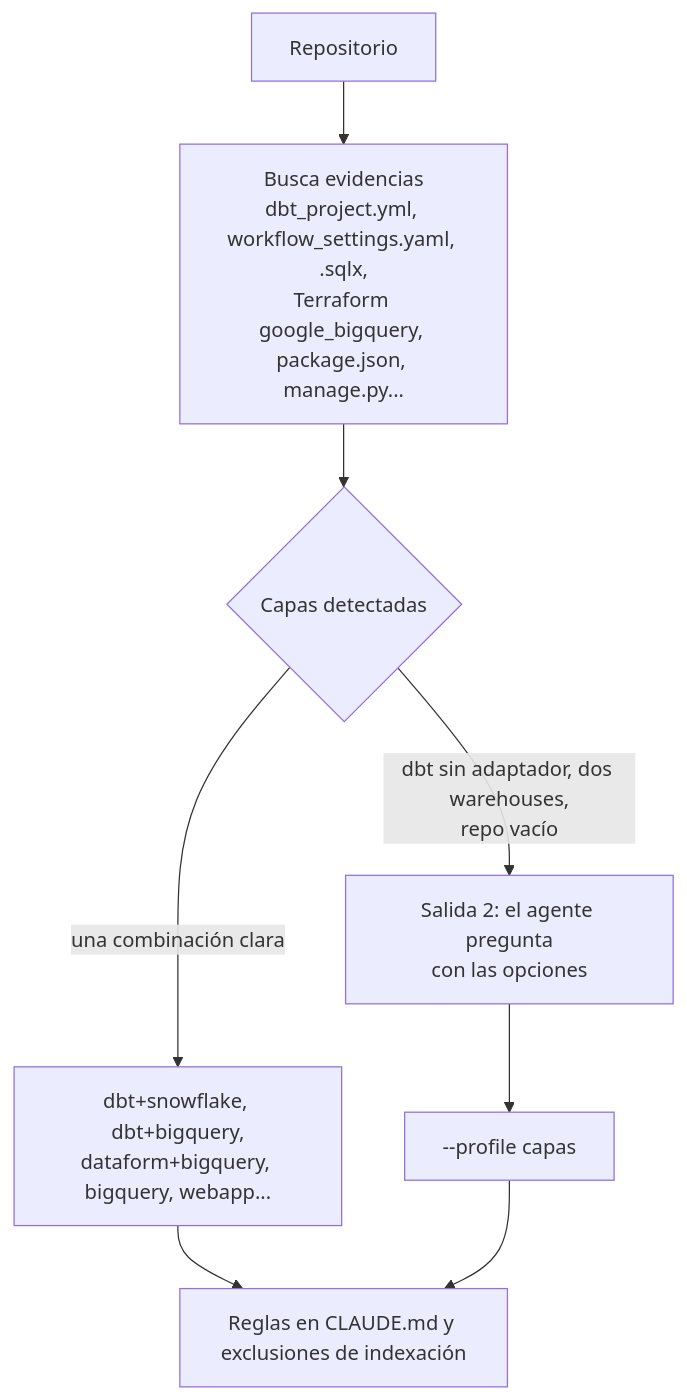
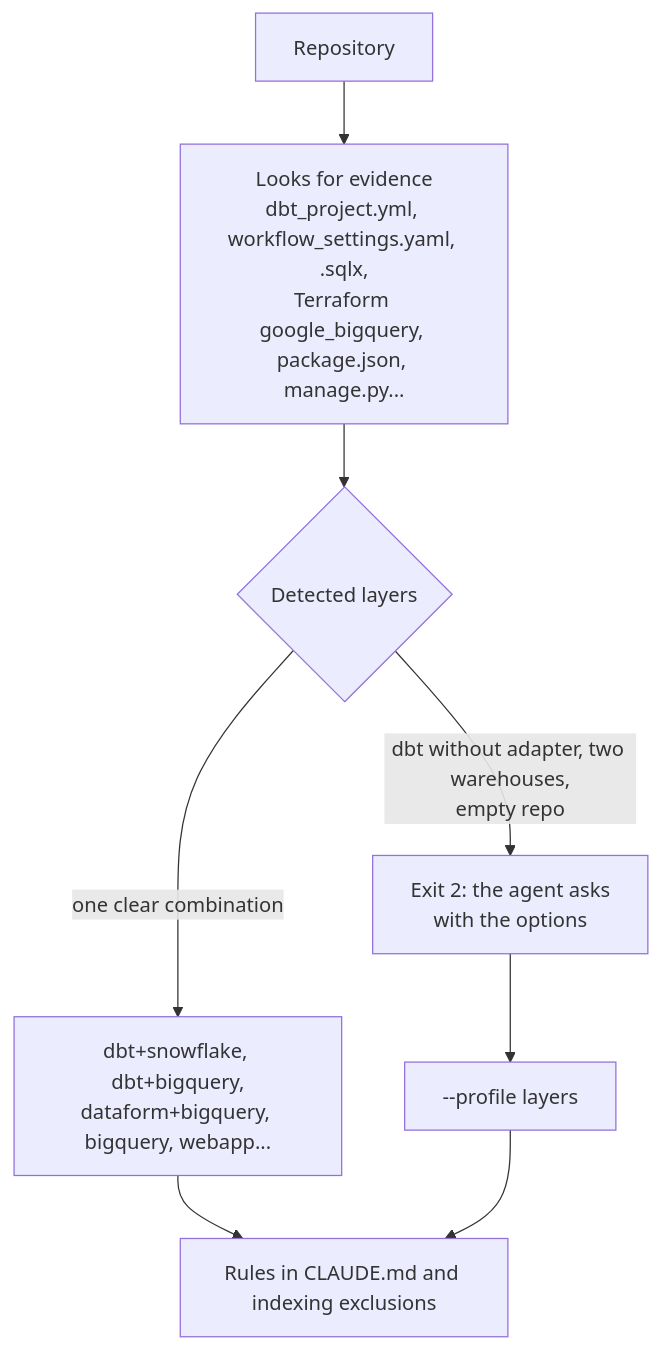
The eighth of 8 diagrams in docs/HOW_IT_WORKS.md (WRopero/Timewarden), drawn with Mermaid before and after one commit. The commit also changed other lines of this file and 97 other files, not shown here.

````diff
--- a/docs/HOW_IT_WORKS.md
+++ b/docs/HOW_IT_WORKS.md
@@ -131,10 +131,10 @@
 ```mermaid
 flowchart TD
-  R["Repositorio"] --> E["Busca evidencias<br/>dbt_project.yml, workflow_settings.yaml, .sqlx,<br/>Terraform google_bigquery, package.json, manage.py..."]
-  E --> L{"Capas detectadas"}
-  L -->|"una combinación clara"| OK["dbt+snowflake, dbt+bigquery,<br/>dataform+bigquery, bigquery, webapp..."]
-  L -->|"dbt sin adaptador, dos warehouses,<br/>repo vacío"| ASK["Salida 2: el agente pregunta<br/>con las opciones"]
-  ASK --> FORCE["--profile capas"]
-  OK --> APPLY["Reglas en CLAUDE.md y exclusiones de indexación"]
+  R["Repository"] --> E["Looks for evidence<br/>dbt_project.yml, workflow_settings.yaml, .sqlx,<br/>Terraform google_bigquery, package.json, manage.py..."]
+  E --> L{"Detected layers"}
+  L -->|"one clear combination"| OK["dbt+snowflake, dbt+bigquery,<br/>dataform+bigquery, bigquery, webapp..."]
+  L -->|"dbt without adapter, two warehouses,<br/>empty repo"| ASK["Exit 2: the agent asks<br/>with the options"]
+  ASK --> FORCE["--profile layers"]
+  OK --> APPLY["Rules in CLAUDE.md and indexing exclusions"]
   FORCE --> APPLY
 ```
````
